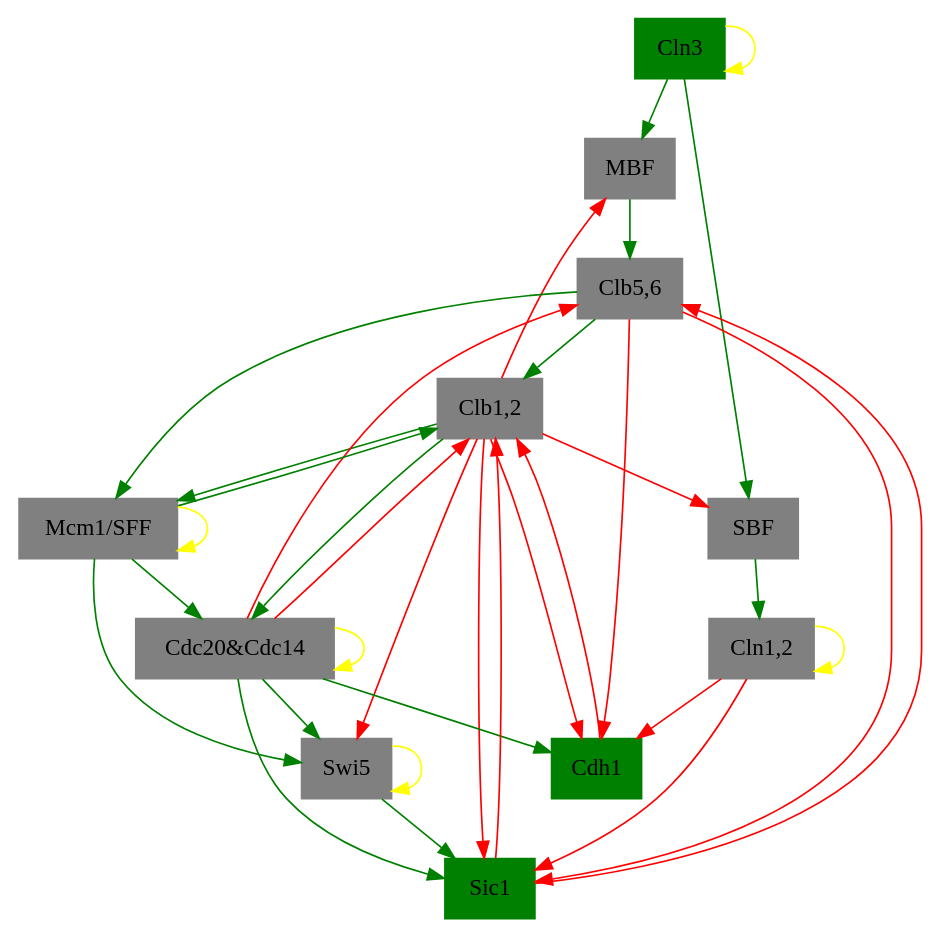
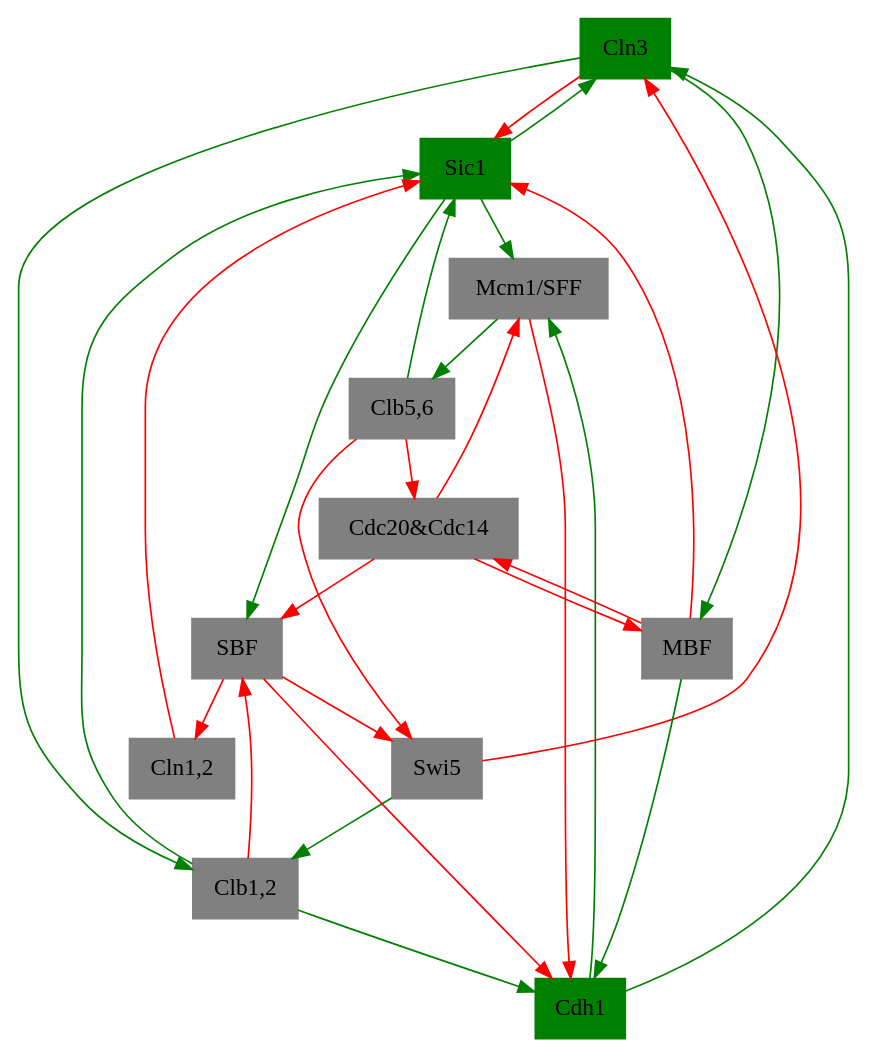
One commit to ellaqezi/cellCycle changed the diagram in 1.gv. Above: the diagram before and after it, drawn with Graphviz. The commit also changed 7 other files, not shown here.

```diff
--- a/1.gv
+++ b/1.gv
@@ -1,70 +1,59 @@
 digraph 10001000100  {
 "Cln3" [shape=box, color=green, style=filled];
-	edge [color=yellow]; 
-	"Cln3" -> "Cln3";
+	edge [color=green]; 
+	"Cdh1" -> "Cln3";
+	"Sic1" -> "Cln3";
+	edge [color=red]; 
+	"Swi5" -> "Cln3";
 "MBF" [shape=box, color=gray, style=filled];
 	edge [color=green]; 
 	"Cln3" -> "MBF";
 	edge [color=red]; 
-	"Clb1,2" -> "MBF";
+	"Cdc20&Cdc14" -> "MBF";
 "SBF" [shape=box, color=gray, style=filled];
 	edge [color=green]; 
-	"Cln3" -> "SBF";
+	"Sic1" -> "SBF";
 	edge [color=red]; 
+	"Cdc20&Cdc14" -> "SBF";
 	"Clb1,2" -> "SBF";
 "Cln1,2" [shape=box, color=gray, style=filled];
-	edge [color=yellow]; 
-	"Cln1,2" -> "Cln1,2";
-	edge [color=green]; 
+	edge [color=red]; 
 	"SBF" -> "Cln1,2";
 "Cdh1" [shape=box, color=green, style=filled];
 	edge [color=green]; 
-	"Cdc20&Cdc14" -> "Cdh1";
+	"Clb1,2" -> "Cdh1";
+	"MBF" -> "Cdh1";
 	edge [color=red]; 
-	"Clb1,2" -> "Cdh1";
-	"Clb5,6" -> "Cdh1";
-	"Cln1,2" -> "Cdh1";
+	"Mcm1/SFF" -> "Cdh1";
+	"SBF" -> "Cdh1";
 "Swi5" [shape=box, color=gray, style=filled];
-	edge [color=yellow]; 
-	"Swi5" -> "Swi5";
-	edge [color=green]; 
-	"Cdc20&Cdc14" -> "Swi5";
-	"Mcm1/SFF" -> "Swi5";
 	edge [color=red]; 
-	"Clb1,2" -> "Swi5";
+	"Clb5,6" -> "Swi5";
+	"SBF" -> "Swi5";
 "Cdc20&Cdc14" [shape=box, color=gray, style=filled];
-	edge [color=yellow]; 
-	"Cdc20&Cdc14" -> "Cdc20&Cdc14";
-	edge [color=green]; 
-	"Clb1,2" -> "Cdc20&Cdc14";
-	"Mcm1/SFF" -> "Cdc20&Cdc14";
+	edge [color=red]; 
+	"Clb5,6" -> "Cdc20&Cdc14";
+	"MBF" -> "Cdc20&Cdc14";
 "Clb5,6" [shape=box, color=gray, style=filled];
 	edge [color=green]; 
-	"MBF" -> "Clb5,6";
-	edge [color=red]; 
-	"Cdc20&Cdc14" -> "Clb5,6";
-	"Sic1" -> "Clb5,6";
+	"Mcm1/SFF" -> "Clb5,6";
 "Sic1" [shape=box, color=green, style=filled];
 	edge [color=green]; 
-	"Cdc20&Cdc14" -> "Sic1";
-	"Swi5" -> "Sic1";
-	edge [color=red]; 
 	"Clb1,2" -> "Sic1";
 	"Clb5,6" -> "Sic1";
+	edge [color=red]; 
 	"Cln1,2" -> "Sic1";
+	"Cln3" -> "Sic1";
+	"MBF" -> "Sic1";
 "Clb1,2" [shape=box, color=gray, style=filled];
 	edge [color=green]; 
-	"Clb5,6" -> "Clb1,2";
-	"Mcm1/SFF" -> "Clb1,2";
+	"Cln3" -> "Clb1,2";
+	"Swi5" -> "Clb1,2";
+"Mcm1/SFF" [shape=box, color=gray, style=filled];
+	edge [color=green]; 
+	"Cdh1" -> "Mcm1/SFF";
+	"Sic1" -> "Mcm1/SFF";
 	edge [color=red]; 
-	"Cdc20&Cdc14" -> "Clb1,2";
-	"Cdh1" -> "Clb1,2";
-	"Sic1" -> "Clb1,2";
-"Mcm1/SFF" [shape=box, color=gray, style=filled];
-	edge [color=yellow]; 
-	"Mcm1/SFF" -> "Mcm1/SFF";
-	edge [color=green]; 
-	"Clb1,2" -> "Mcm1/SFF";
-	"Clb5,6" -> "Mcm1/SFF";
+	"Cdc20&Cdc14" -> "Mcm1/SFF";
 
 }
```
